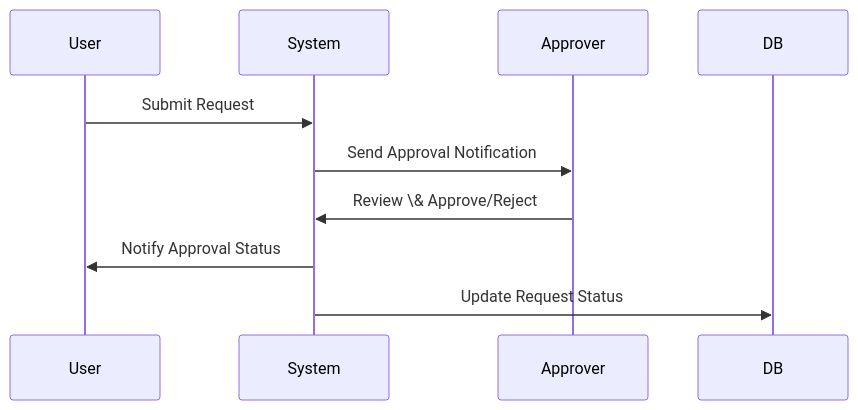
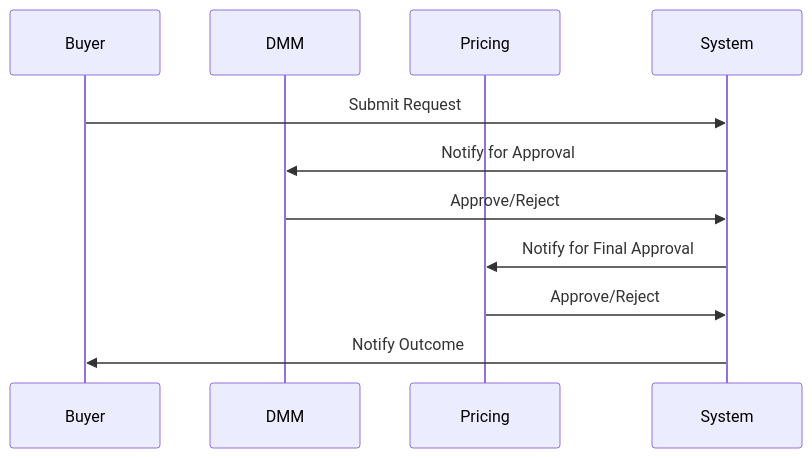
Before and after one commit to mdskils/CodeToLLD: the second of 3 diagrams in BRD_Output.md, drawn with Mermaid. The commit also changed other lines of this file, not shown here.

````diff
--- a/BRD_Output.md
+++ b/BRD_Output.md
@@ -429,21 +126,12 @@
 ```mermaid
-
 sequenceDiagram
-
-participant User
-
-participant System
-
-participant Approver
-
-User->>System: Submit Request
-
-System->>Approver: Send Approval Notification
-
-Approver->>System: Review \& Approve/Reject
-
-System->>User: Notify Approval Status
-
-System->>DB: Update Request Status
-
+    participant Buyer
+    participant DMM
+    participant Pricing
+    Buyer->>System: Submit Request
+    System->>DMM: Notify for Approval
+    DMM->>System: Approve/Reject
+    System->>Pricing: Notify for Final Approval
+    Pricing->>System: Approve/Reject
+    System->>Buyer: Notify Outcome
 ```
````
